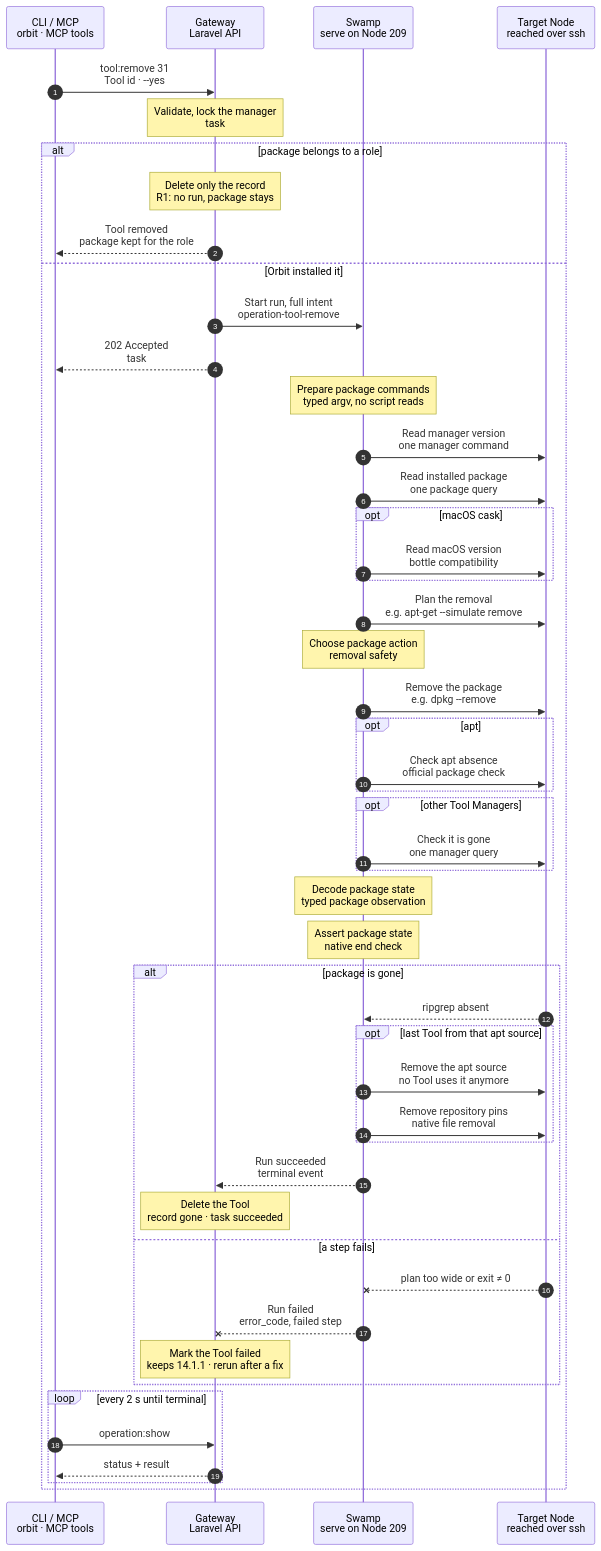
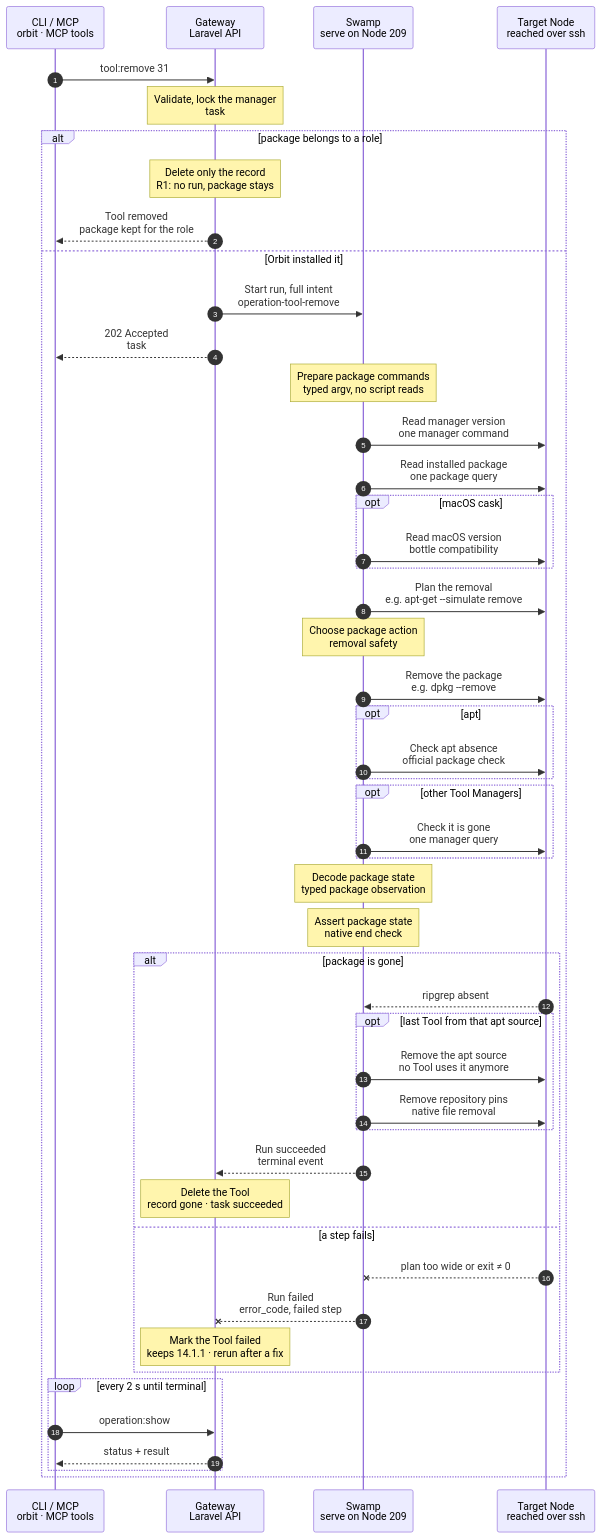
Before and after one commit to hardimpactdev/orbit: the diagram in docs/cli/tool/remove.mmd, drawn with Mermaid. The commit also changed 9 other files, not shown here.

Commit message:
docs(tool,vault,websocket): draw required parameters on the main path (flow rule 23)

```diff
--- a/docs/cli/tool/remove.mmd
+++ b/docs/cli/tool/remove.mmd
@@ -1,139 +1,139 @@
 sequenceDiagram
   %% Pass 3: native operation boundaries retained; see the chart-step table in the commit.
   %% Target design: ADR 0244 task, DECISIONS R1 (record-only change starts no run), R2, R4. Same shape as tool.install.
   %% status: reviewed
   %% command: tool:remove
   %% kind: tool.remove
   autonumber
   %% lane CLI icon=terminal pill=caller tone=gray
   %% lane GW icon=gateway pill=intent tone=blue
   %% lane SW icon=workflow pill=executes tone=green
   %% lane N icon=server pill=target tone=amber
   participant CLI as CLI / MCP<br/>orbit · MCP tools
   participant GW as Gateway<br/>Laravel API
   participant SW as Swamp<br/>serve on Node 209
   participant N as Target Node<br/>reached over ssh
-  CLI->>GW: tool:remove 31<br/>Tool id · --yes
+  CLI->>GW: tool:remove 31
   %%> Command:
   %%> - `orbit tool:remove 31 --yes`
   %%> - syntax: `<tool> [--yes]`
   %%> Input:
   %%> - the Tool's id, as `tool:list --node=ID` shows it
   %%> Confirmation:
   %%> - without `--yes`, the CLI first asks "Remove Tool ripgrep (apt on Node #12) by uninstalling it and deleting its record?"; the default is No
   %%> - without a terminal, or with `--json`, `--yes` is required
   Note over GW: Validate, lock the manager<br/>task #5135 · ripgrep on Node 12
   %%> Requirements:
   %%> - your Node has an access grant to Node 12
   %%> - Tool 31 exists
   %%> - no other change runs for this Tool Manager on Node 12; the Gateway holds one lock per Node and Tool Manager
   %%> Decides:
   %%> - whether the package must leave the Node, or only the record goes
   alt package belongs to a role
     Note over GW: Delete only the record<br/>R1: no run, package stays
     %%> When:
     %%> - the package is owned by a Node role, for example a PHP extension such as `php8.5-xml`
     %%> Result:
     %%> - Tool 31's record is deleted
     %%> - the package stays installed, because the role still needs it
     %%> - no Swamp run starts (R1)
     GW-->>CLI: Tool removed<br/>package kept for the role
     %%> What you get:
     %%> - the final result at once; there is nothing to follow
   else Orbit installed it
     GW->>SW: Start run, full intent<br/>operation-tool-remove
     %%> What it does:
     %%> - starts one Swamp run on serve (Node 209)
     %%> Inputs:
     %%> - the package, Tool Manager, and whether its apt source is still used by another Tool
     %%> - Node 12's address and SSH host keys; the SSH identity comes from the `swamp` role
     GW-->>CLI: 202 Accepted<br/>task #5135
     %%> What you get:
     %%> - the task number, at once
     %%> Next:
     %%> - the CLI follows the task with `operation:show`
     Note over SW: Prepare package commands<br/>typed argv, no script reads
     SW->>N: Read manager version<br/>one manager command
     SW->>N: Read installed package<br/>one package query
     opt macOS cask
       SW->>N: Read macOS version<br/>bottle compatibility
     end
     SW->>N: Plan the removal<br/>e.g. apt-get --simulate remove
     %%> What it does:
     %%> - asks the Tool Manager what removing the package would also remove
     %%> Refuses:
     %%> - a plan that removes any other package; then the run stops here and nothing changes
     %%> Per Tool Manager:
     %%> - `apt`: `apt-get --simulate remove`; the plan may contain only this package
     %%> - `brew`: refuses when another formula still depends on it
     %%> - `brew-cask`: checks the cask is safe to uninstall
     %%> - `composer`, `vp`: no plan needed; global packages have no system dependents
     Note over SW: Choose package action<br/>removal safety
     SW->>N: Remove the package<br/>e.g. dpkg --remove
     %%> What it does:
     %%> - removes exactly this package, so dependency changes can't pull in more removals
     %%> - no purge, no autoremove
     %%> Per Tool Manager:
     %%> - `apt`: `dpkg --remove`, as root
     %%> - `brew`, `brew-cask`: `brew uninstall`, as the Node's account
     %%> - `composer`, `vp`: removes the global package, as the Node's managed user
     %%> Busy apt lock:
     %%> - it waits for the lock within the run's time budget, then fails
     opt apt
       SW->>N: Check apt absence<br/>official package check
     end
     opt other Tool Managers
       SW->>N: Check it is gone<br/>one manager query
     end
     %%> What it does:
     %%> - asks the Tool Manager again; the package must be absent
     %%> Why:
     %%> - the Tool only counts as removed when the Node shows it
     Note over SW: Decode package state<br/>typed package observation
     Note over SW: Assert package state<br/>native end check
     alt package is gone
       N-->>SW: ripgrep absent
       %%> Returns:
       %%> - the check passed
       opt last Tool from that apt source
         SW->>N: Remove the apt source<br/>no Tool uses it anymore
         SW->>N: Remove repository pins<br/>native file removal
         %%> When:
         %%> - only when this was the last Tool installed from a signed apt repository
         %%> What it does:
         %%> - removes the apt source and its signing key from the Node
         %%> If it fails:
         %%> - the removal still succeeds; the package is already gone
         %%> - the unused apt source stays recorded, and the next `tool:remove` or `tool:install` from it cleans it up
       end
       SW-->>GW: Run succeeded<br/>terminal event
       %%> How the Gateway learns it:
       %%> - its shared run reader sees the terminal event; Swamp never calls the Gateway
       Note over GW: Delete the Tool<br/>record gone · task succeeded
       %%> Result:
       %%> - Tool 31's record is deleted
       %%> - an apt repository record is deleted when its source was removed; otherwise it stays recorded for a later cleanup
       %%> - task #5135 succeeds
     else a step fails
       N--xSW: plan too wide or exit ≠ 0
       %%> When:
       %%> - the plan would remove other packages, the removal fails, or the package is still there
       SW--xGW: Run failed<br/>error_code, failed step
       %%> The Gateway reads:
       %%> - which step failed and its error code
       Note over GW: Mark the Tool failed<br/>keeps 14.1.1 · rerun after a fix
       %%> Result:
       %%> - Tool 31 stays, marked failed, with its recorded version
       %%> - task #5135 fails
       %%> Retry:
       %%> - run the same command again
     end
     loop every 2 s until terminal
       CLI->>GW: operation:show #5135
       %%> What it does:
       %%> - asks for the task's status every 2 seconds until it has ended
       GW-->>CLI: status + result
       %%> Returns:
       %%> - the current status, and the result once the task has ended
     end
   end
```
